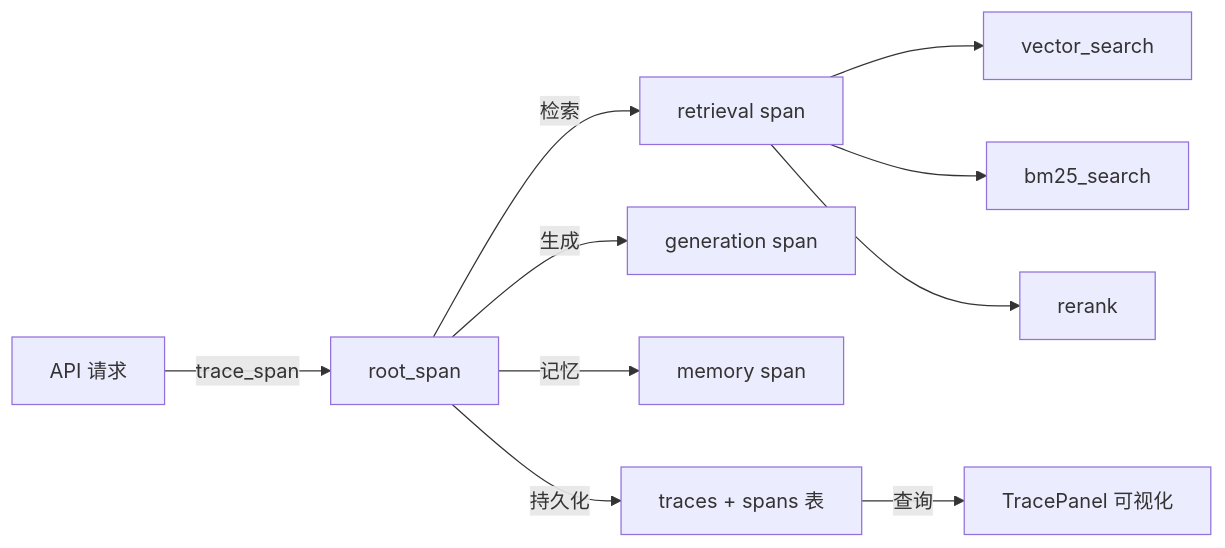
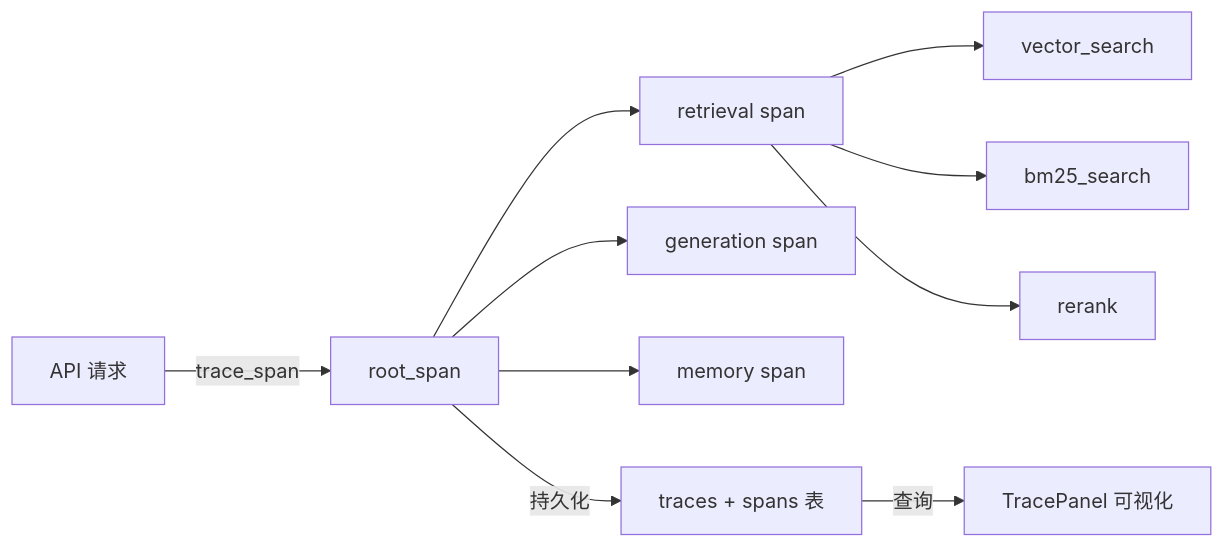
Diagram 14 of 14 in specs/architecture/architecture-4a.md (bleakplain/actuary-sleuth), drawn with Mermaid before and after one commit. The commit also changed other lines of this file, not shown here.

````diff
--- a/specs/architecture/architecture-4a.md
+++ b/specs/architecture/architecture-4a.md
@@ -537,13 +724,14 @@
 ```mermaid
 graph LR
-    API["API 请求"] -->|"trace_span"| Root["root_span"]
-    Root -->|"检索"| S1["retrieval span"]
-    Root -->|"生成"| S2["generation span"]
-    Root -->|"记忆"| S3["memory span"]
-    S1 --> S11["vector_search"]
-    S1 --> S12["bm25_search"]
-    S1 --> S13["rerank"]
+    Req["API 请求"] -->|"trace_span"| Root["root_span"]
+    Root --> S_Retrieval["retrieval span"]
+    Root --> S_Gen["generation span"]
+    Root --> S_Mem["memory span"]
 
-    Root -->|"持久化"| DB["traces + spans 表"]
-    DB -->|"查询"| UI["TracePanel 可视化"]
+    S_Retrieval --> S_Vec["vector_search"]
+    S_Retrieval --> S_BM25["bm25_search"]
+    S_Retrieval --> S_Rerank["rerank"]
+
+    Root -->|"持久化"| TracesDB["traces + spans 表"]
+    TracesDB -->|"查询"| TraceUI["TracePanel 可视化"]
 ```
````
